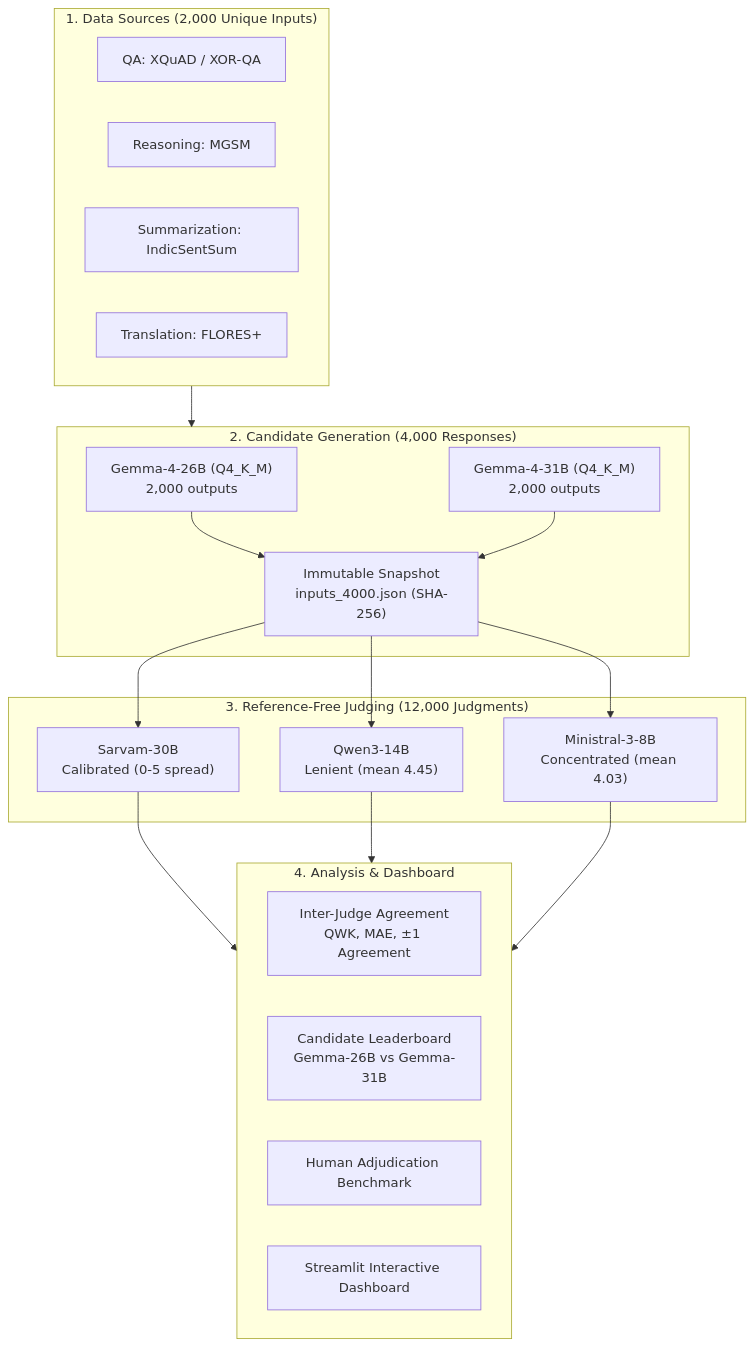
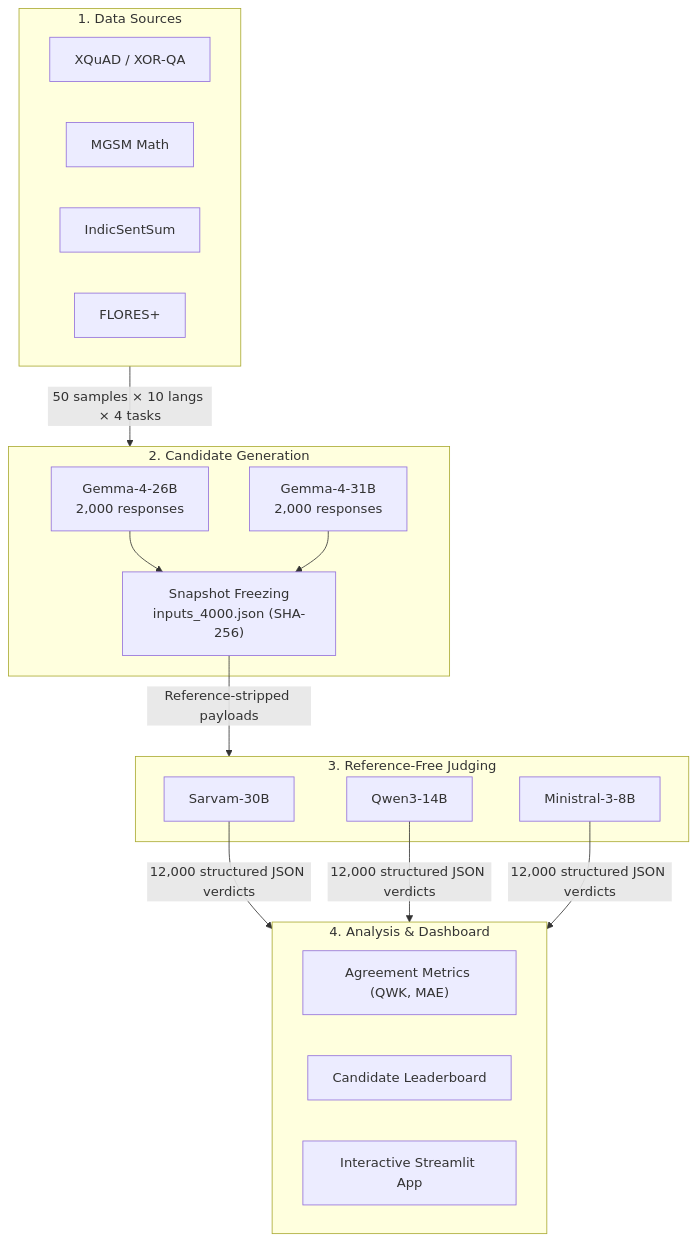
Before and after one commit to avijit004/IndicJudge_IBM_LLM: the diagram in README.md, drawn with Mermaid. The commit also changed other lines of this file, not shown here.

````diff
--- a/README.md
+++ b/README.md
@@ -93,33 +117,32 @@
 ```mermaid
 flowchart TD
-    subgraph Data["1. Data Sources (2,000 Unique Inputs)"]
-        D1["QA: XQuAD / XOR-QA"]
-        D2["Reasoning: MGSM"]
-        D3["Summarization: IndicSentSum"]
-        D4["Translation: FLORES+"]
+    subgraph Data["1. Data Sources"]
+        D1["XQuAD / XOR-QA"]
+        D2["MGSM Math"]
+        D3["IndicSentSum"]
+        D4["FLORES+"]
     end
 
-    subgraph Generation["2. Candidate Generation (4,000 Responses)"]
-        G26["Gemma-4-26B (Q4_K_M)<br/>2,000 outputs"]
-        G31["Gemma-4-31B (Q4_K_M)<br/>2,000 outputs"]
-        Freeze["Immutable Snapshot<br/>inputs_4000.json (SHA-256)"]
+    subgraph Generation["2. Candidate Generation"]
+        G26["Gemma-4-26B<br/>2,000 responses"]
+        G31["Gemma-4-31B<br/>2,000 responses"]
+        Snap["Snapshot Freezing<br/>inputs_4000.json (SHA-256)"]
     end
 
-    subgraph Judging["3. Reference-Free Judging (12,000 Judgments)"]
-        J1["Sarvam-30B<br/>Calibrated (0-5 spread)"]
-        J2["Qwen3-14B<br/>Lenient (mean 4.45)"]
-        J3["Ministral-3-8B<br/>Concentrated (mean 4.03)"]
+    subgraph Judging["3. Reference-Free Judging"]
+        J1["Sarvam-30B"]
+        J2["Qwen3-14B"]
+        J3["Ministral-3-8B"]
     end
 
-    subgraph Output["4. Analysis & Dashboard"]
-        M1["Inter-Judge Agreement<br/>QWK, MAE, ±1 Agreement"]
-        M2["Candidate Leaderboard<br/>Gemma-26B vs Gemma-31B"]
-        M3["Human Adjudication Benchmark"]
-        M4["Streamlit Interactive Dashboard"]
+    subgraph Analysis["4. Analysis & Dashboard"]
+        A1["Agreement Metrics (QWK, MAE)"]
+        A2["Candidate Leaderboard"]
+        A3["Interactive Streamlit App"]
     end
 
-    Data --> Generation
-    G26 & G31 --> Freeze
-    Freeze --> J1 & J2 & J3
-    J1 & J2 & J3 --> Output
+    Data -->|"50 samples × 10 langs × 4 tasks"| Generation
+    G26 & G31 --> Snap
+    Snap -->|"Reference-stripped payloads"| Judging
+    J1 & J2 & J3 -->|"12,000 structured JSON verdicts"| Analysis
 ```
````
